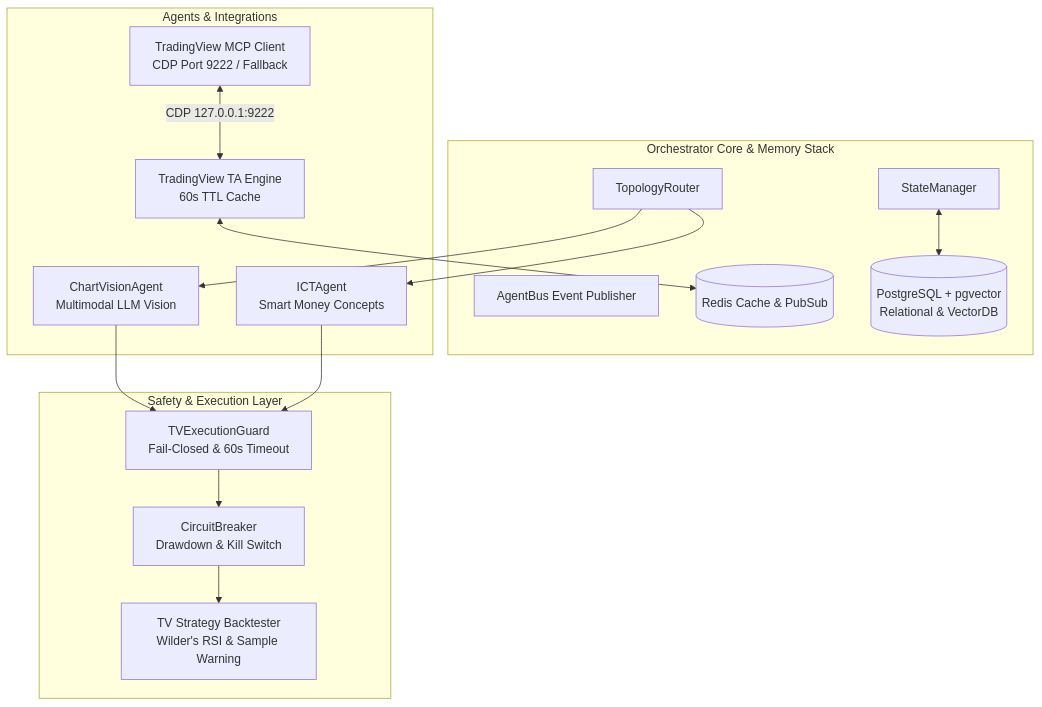
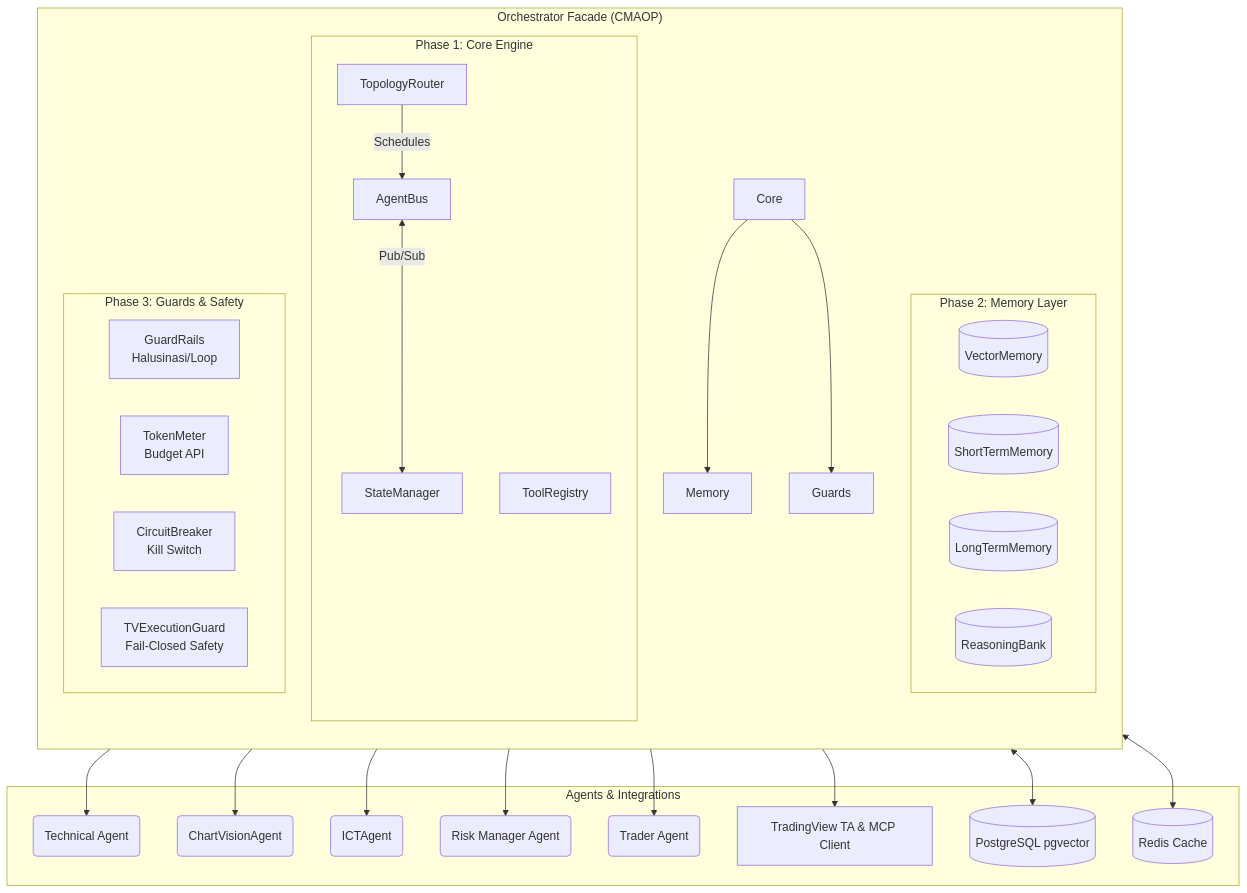
The diagram in README.md (bimoBintang/TradingAgents), drawn with Mermaid before and after one commit. The commit also changed other lines of this file, not shown here.

Commit message:
docs: Restore original CMAOP Phase 1-4 architecture details and integrate TradingView MCP & Docker stack in README.md

````diff
--- a/README.md
+++ b/README.md
@@ -23,33 +23,52 @@
 ```mermaid
 graph TD
-    subgraph "Orchestrator Core & Memory Stack"
+    subgraph "Orchestrator Facade (CMAOP)"
+    direction TB
+    
+    subgraph "Phase 1: Core Engine"
         TR[TopologyRouter]
-        AB[AgentBus Event Publisher]
+        AB[AgentBus]
         SM[StateManager]
-        PG[(PostgreSQL + pgvector\nRelational & VectorDB)]
-        RD[(Redis Cache & PubSub)]
+        TRg[ToolRegistry]
+        TR -->|Schedules| AB
+        AB <-->|Pub/Sub| SM
+    end
+    
+    subgraph "Phase 2: Memory Layer"
+        VM[(VectorMemory)]
+        STM[(ShortTermMemory)]
+        LTM[(LongTermMemory)]
+        RB[(ReasoningBank)]
+    end
+    
+    subgraph "Phase 3: Guards & Safety"
+        GR[GuardRails\nHalusinasi/Loop]
+        TM[TokenMeter\nBudget API]
+        CB[CircuitBreaker\nKill Switch]
+        EG[TVExecutionGuard\nFail-Closed Safety]
+    end
+    
+    Core --> Memory
+    Core --> Guards
     end
 
     subgraph "Agents & Integrations"
-        CV[ChartVisionAgent\nMultimodal LLM Vision]
-        ICT[ICTAgent\nSmart Money Concepts]
-        TA[TradingView TA Engine\n60s TTL Cache]
-        MCP[TradingView MCP Client\nCDP Port 9222 / Fallback]
+        A1(Technical Agent)
+        A2(ChartVisionAgent)
+        A3(ICTAgent)
+        A4(Risk Manager Agent)
+        A5(Trader Agent)
+        TV[TradingView TA & MCP Client]
+        PG[(PostgreSQL pgvector)]
+        RD[(Redis Cache)]
     end
 
-    subgraph "Safety & Execution Layer"
-        EG[TVExecutionGuard\nFail-Closed & 60s Timeout]
-        CB[CircuitBreaker\nDrawdown & Kill Switch]
-        BT[TV Strategy Backtester\nWilder's RSI & Sample Warning]
-    end
-
-    TR --> CV
-    TR --> ICT
-    MCP <-->|CDP 127.0.0.1:9222| TA
-    ICT --> EG
-    CV --> EG
-    EG --> CB
-    CB --> BT
-    SM <--> PG
-    TA <--> RD
+    TR --> A1
+    TR --> A2
+    TR --> A3
+    TR --> A4
+    TR --> A5
+    TRg --> TV
+    Memory <--> PG
+    Core <--> RD
 ```
````
